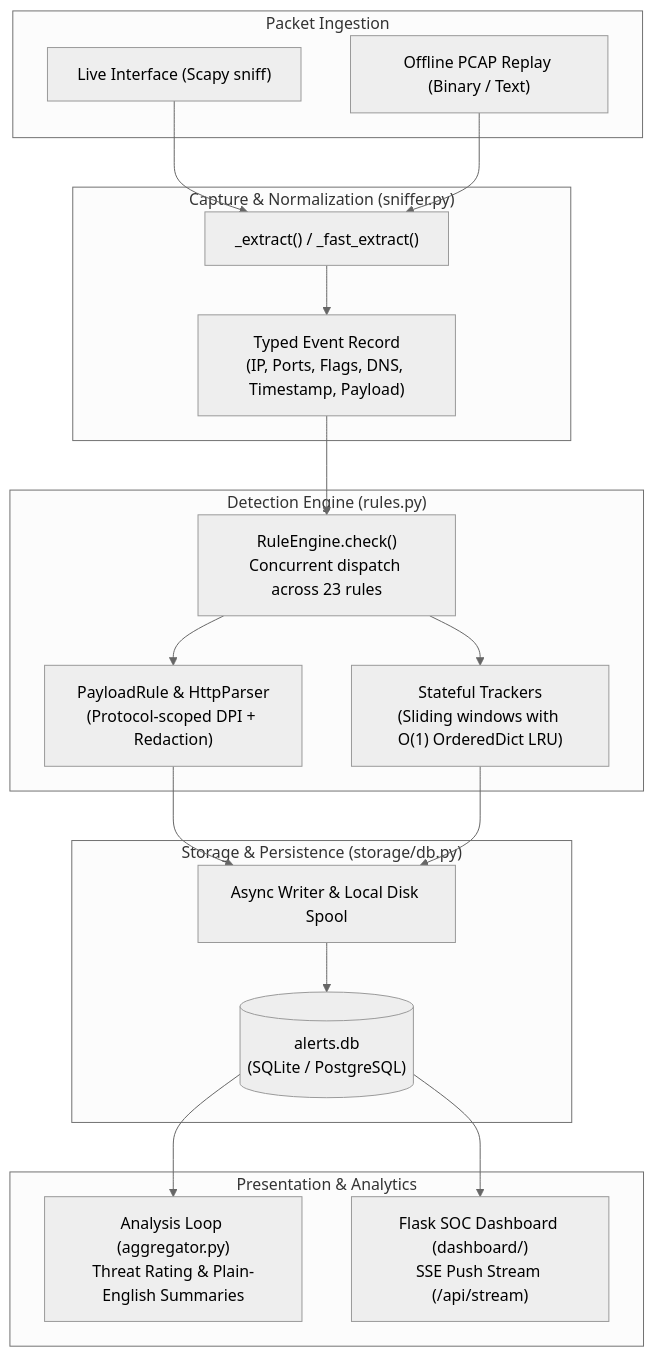
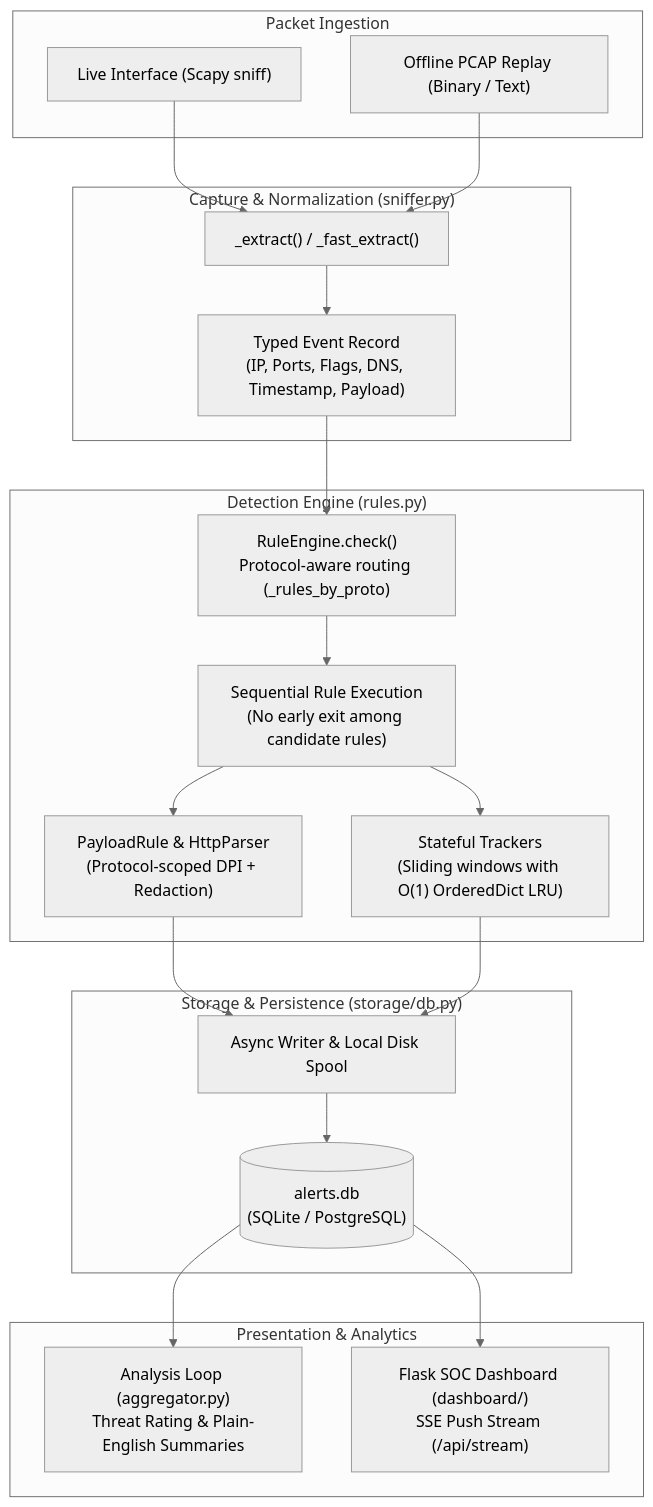
The diagram in README.md (harshitagrwl1608/Network_Intrusion_Detection_System), drawn with Mermaid (neutral theme) before and after one commit. The commit also changed other lines of this file and 15 other files, not shown here.

Commit message:
docs: release readiness audit, architectural correction, and dataset reconciliation

````diff
--- a/README.md
+++ b/README.md
@@ -31,39 +31,41 @@
 ```mermaid
 flowchart TD
     subgraph Ingestion ["Packet Ingestion"]
         Live["Live Interface (Scapy sniff)"]
         Replay["Offline PCAP Replay (Binary / Text)"]
     end
 
     subgraph Extraction ["Capture & Normalization (sniffer.py)"]
         Extract["_extract() / _fast_extract()"]
         Record["Typed Event Record<br/>(IP, Ports, Flags, DNS, Timestamp, Payload)"]
         Live --> Extract
         Replay --> Extract
         Extract --> Record
     end
 
     subgraph Engine ["Detection Engine (rules.py)"]
-        Router["RuleEngine.check()<br/>Concurrent dispatch across 23 rules"]
+        Router["RuleEngine.check()<br/>Protocol-aware routing (_rules_by_proto)"]
+        Exec["Sequential Rule Execution<br/>(No early exit among candidate rules)"]
         DPI["PayloadRule & HttpParser<br/>(Protocol-scoped DPI + Redaction)"]
         State["Stateful Trackers<br/>(Sliding windows with O(1) OrderedDict LRU)"]
         Record --> Router
-        Router --> DPI
-        Router --> State
+        Router --> Exec
+        Exec --> DPI
+        Exec --> State
     end
 
     subgraph Persistence ["Storage & Persistence (storage/db.py)"]
         Spool["Async Writer & Local Disk Spool"]
         DB[("alerts.db<br/>(SQLite / PostgreSQL)")]
         DPI --> Spool
         State --> Spool
         Spool --> DB
     end
 
     subgraph Presentation ["Presentation & Analytics"]
         Agg["Analysis Loop (aggregator.py)<br/>Threat Rating & Plain-English Summaries"]
         Dash["Flask SOC Dashboard (dashboard/)<br/>SSE Push Stream (/api/stream)"]
         DB --> Agg
         DB --> Dash
     end
 ```
````
